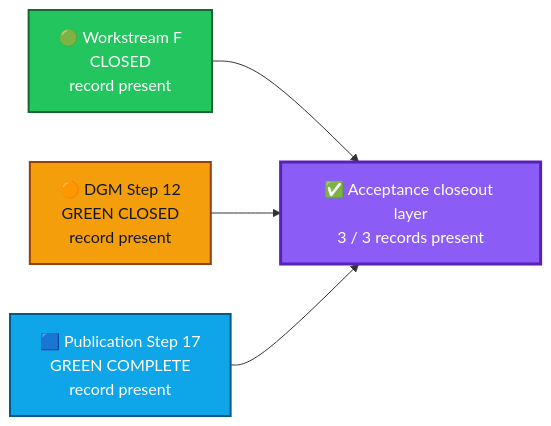
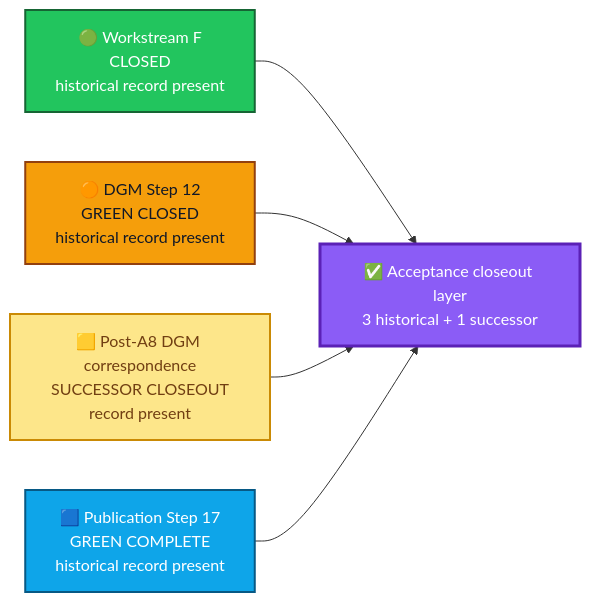
Before and after one commit to kiddstechnical/ALLIS-Artificial-Learning-and-Location-Intelligence-System: the second of 3 diagrams in acceptance/closeout/README.md, drawn with Mermaid. The commit also changed other lines of this file, not shown here.

First line of the commit message:
Revise README for closeout records and successor details

````diff
--- a/acceptance/closeout/README.md
+++ b/acceptance/closeout/README.md
@@ -389,16 +431,19 @@
 ```mermaid
 flowchart LR
-    F["🟢 Workstream F<br/>CLOSED<br/>record present"]:::f
-    D["🟠 DGM Step 12<br/>GREEN CLOSED<br/>record present"]:::d
-    P["🟦 Publication Step 17<br/>GREEN COMPLETE<br/>record present"]:::p
-    C["✅ Acceptance closeout layer<br/>3 / 3 records present"]:::complete
+    F["🟢 Workstream F<br/>CLOSED<br/>historical record present"]:::f
+    D["🟠 DGM Step 12<br/>GREEN CLOSED<br/>historical record present"]:::d
+    X["🟨 Post-A8 DGM correspondence<br/>SUCCESSOR CLOSEOUT<br/>record present"]:::x
+    P["🟦 Publication Step 17<br/>GREEN COMPLETE<br/>historical record present"]:::p
+    C["✅ Acceptance closeout layer<br/>3 historical + 1 successor"]:::complete
 
     F --> C
     D --> C
+    X --> C
     P --> C
 
     classDef f fill:#22c55e,stroke:#166534,color:#ffffff,stroke-width:2px;
     classDef d fill:#f59e0b,stroke:#92400e,color:#111827,stroke-width:2px;
+    classDef x fill:#fde68a,stroke:#ca8a04,color:#713f12,stroke-width:2px;
     classDef p fill:#0ea5e9,stroke:#075985,color:#ffffff,stroke-width:2px;
     classDef complete fill:#8b5cf6,stroke:#5b21b6,color:#ffffff,stroke-width:3px;
 ```
````
